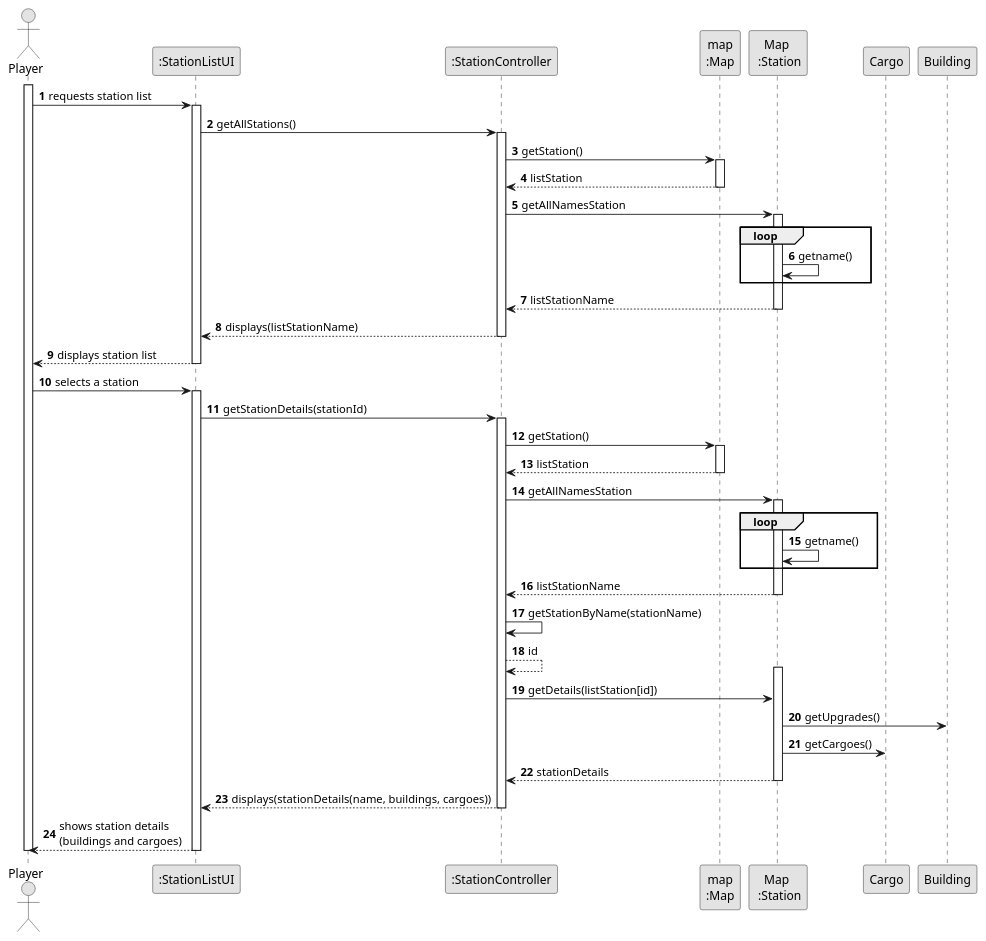
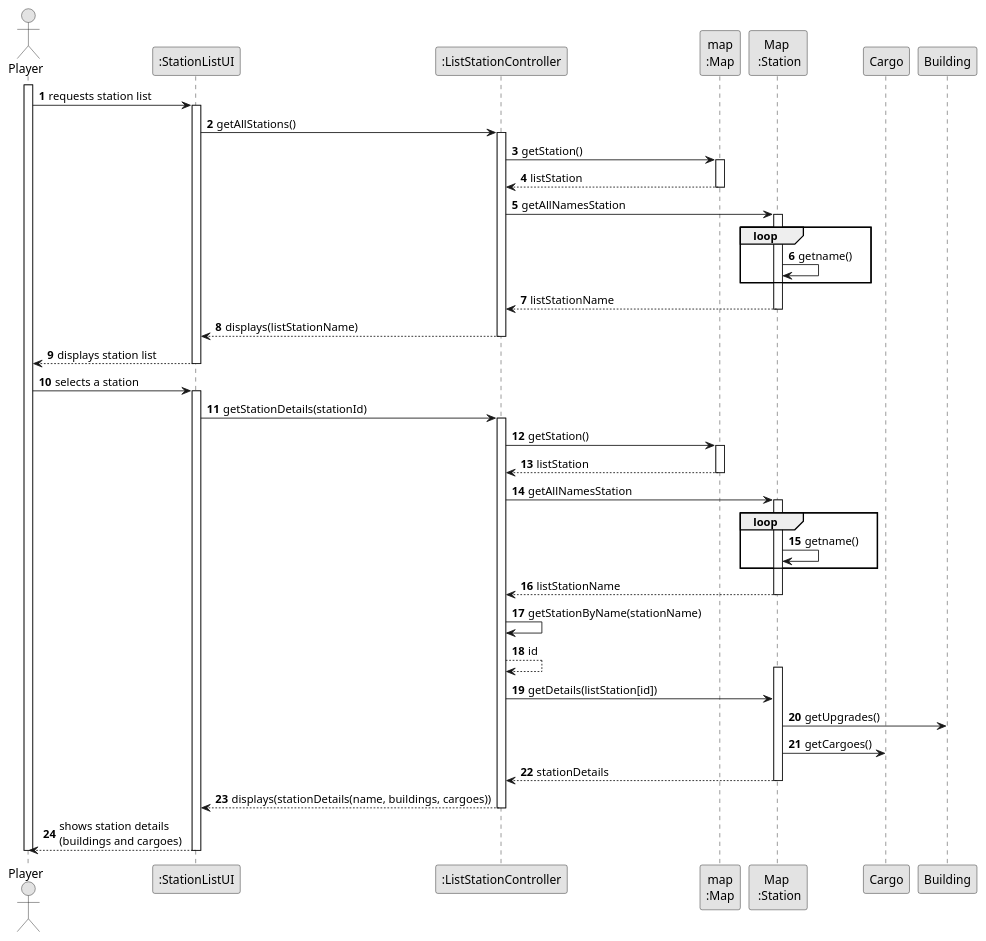
Before and after one commit to 1240826/empire-on-tracks: the diagram in docs/system-documentation/US007/03.design/puml/US007-SD-full.puml, drawn with PlantUML. The commit also changed 4 other files, not shown here.

```diff
--- a/docs/system-documentation/US007/03.design/puml/US007-SD-full.puml
+++ b/docs/system-documentation/US007/03.design/puml/US007-SD-full.puml
@@ -1,88 +1,88 @@
 @startuml
 skinparam monochrome true
 skinparam packageStyle rectangle
 skinparam shadowing false
 
 autonumber
 
 actor "Player" as PLAYER
 participant ":StationListUI" as UI
-participant ":StationController" as CTRL
+participant ":ListStationController" as CTRL
 participant "map\n:Map" as REPOS
 participant "Map \n :Station" as REPOS_SINGLETON
 participant "Cargo" as CARGO
 participant "Building" as BUILDING
 
 
 
 activate PLAYER
 
         PLAYER -> UI : requests station list
         activate UI
             UI -> CTRL : getAllStations()
             activate CTRL
                 CTRL -> REPOS : getStation()
                 activate REPOS
                     REPOS --> CTRL: listStation
                 deactivate REPOS
 
                 CTRL->REPOS_SINGLETON :getAllNamesStation
                 activate REPOS_SINGLETON
                 loop
                 REPOS_SINGLETON->REPOS_SINGLETON:getname()
                 end
                 REPOS_SINGLETON-->CTRL: listStationName
 
                 deactivate REPOS_SINGLETON
 
 
 
 
 
                 CTRL --> UI : displays(listStationName)
             deactivate CTRL
 
             UI --> PLAYER : displays station list
         deactivate UI
 
     PLAYER -> UI : selects a station
     activate UI
         UI -> CTRL : getStationDetails(stationId)
         activate CTRL
 
          CTRL -> REPOS : getStation()
                         activate REPOS
                             REPOS --> CTRL: listStation
                         deactivate REPOS
 
                         CTRL->REPOS_SINGLETON :getAllNamesStation
                         activate REPOS_SINGLETON
                         loop
                         REPOS_SINGLETON->REPOS_SINGLETON:getname()
                         end
                         REPOS_SINGLETON-->CTRL: listStationName
 
                         deactivate REPOS_SINGLETON
 
 
 
             CTRL -> CTRL: getStationByName(stationName)
             CTRL --> CTRL : id
             activate REPOS_SINGLETON
                 CTRL -> REPOS_SINGLETON : getDetails(listStation[id])
 
                     REPOS_SINGLETON -> BUILDING : getUpgrades()
                     REPOS_SINGLETON -> CARGO : getCargoes()
 
 
                 REPOS_SINGLETON --> CTRL : stationDetails
                 deactivate REPOS_SINGLETON
 
             CTRL --> UI : displays(stationDetails(name, buildings, cargoes))
         deactivate CTRL
 
         UI --> PLAYER : shows station details\n(buildings and cargoes)
     deactivate UI
 
 deactivate PLAYER
 @enduml
```
